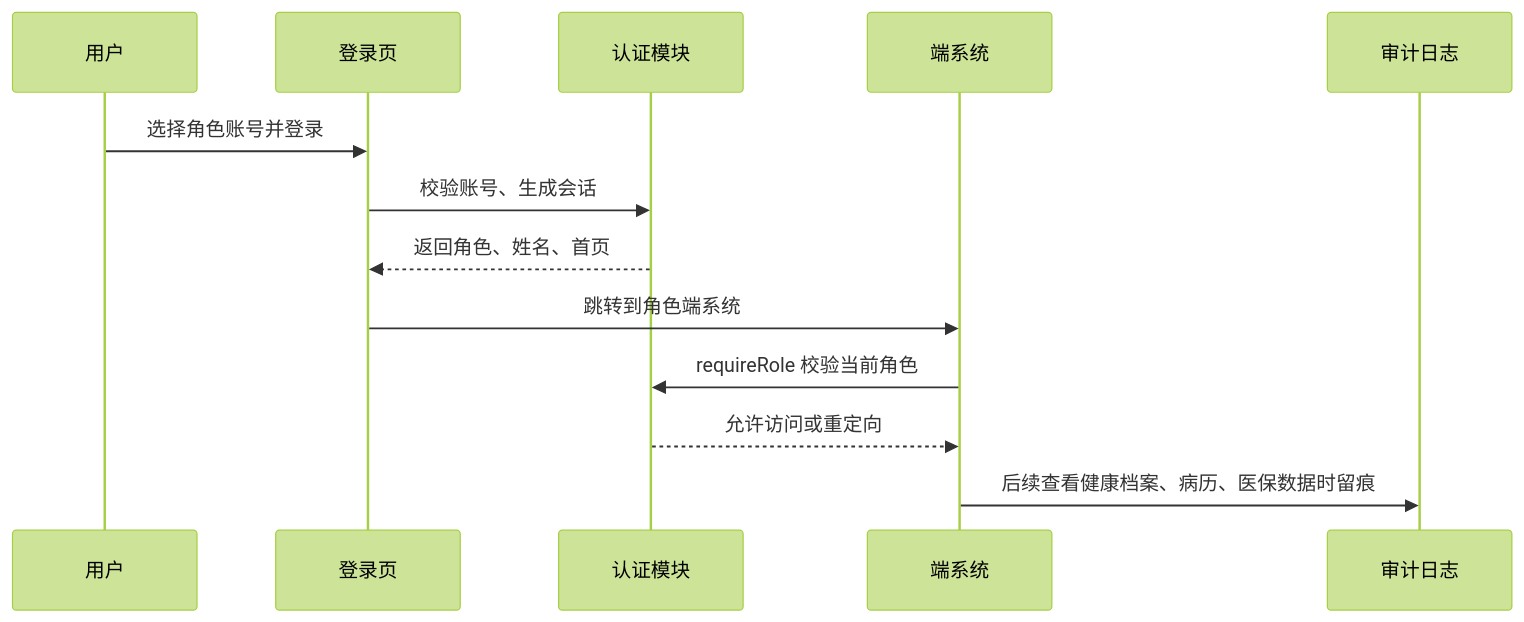
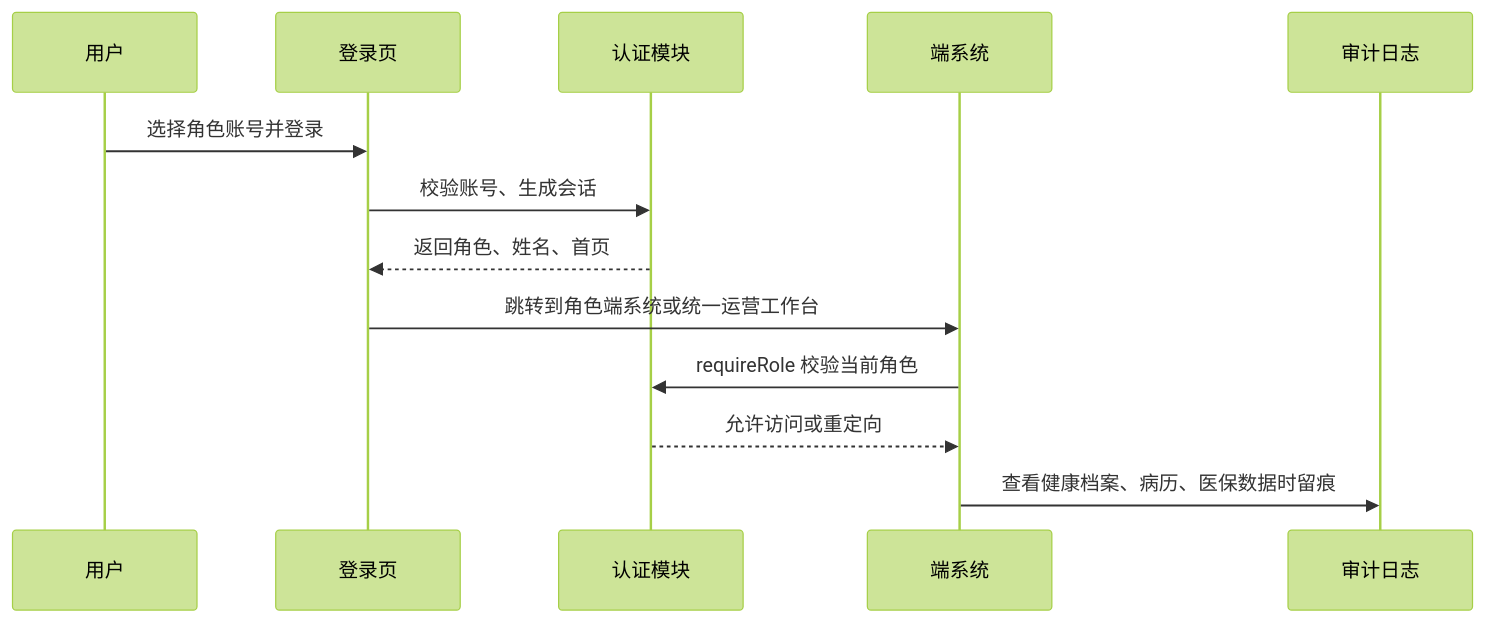
One commit to xujiann/chronic-care-platform changed the fourth of 4 diagrams in docs/system-flow.md. Above: the diagram before and after it, drawn with Mermaid (forest theme). The commit also changed other lines of this file and 12 other files, not shown here.

Commit message:
Add platform workbench roadmap

````diff
--- a/docs/system-flow.md
+++ b/docs/system-flow.md
@@ -95,16 +105,16 @@
 ```mermaid
 sequenceDiagram
   participant U as 用户
   participant L as 登录页
   participant A as 认证模块
   participant P as 端系统
   participant Log as 审计日志
 
   U->>L: 选择角色账号并登录
   L->>A: 校验账号、生成会话
   A-->>L: 返回角色、姓名、首页
-  L->>P: 跳转到角色端系统
+  L->>P: 跳转到角色端系统或统一运营工作台
   P->>A: requireRole 校验当前角色
   A-->>P: 允许访问或重定向
-  P->>Log: 后续查看健康档案、病历、医保数据时留痕
+  P->>Log: 查看健康档案、病历、医保数据时留痕
 ```
````
